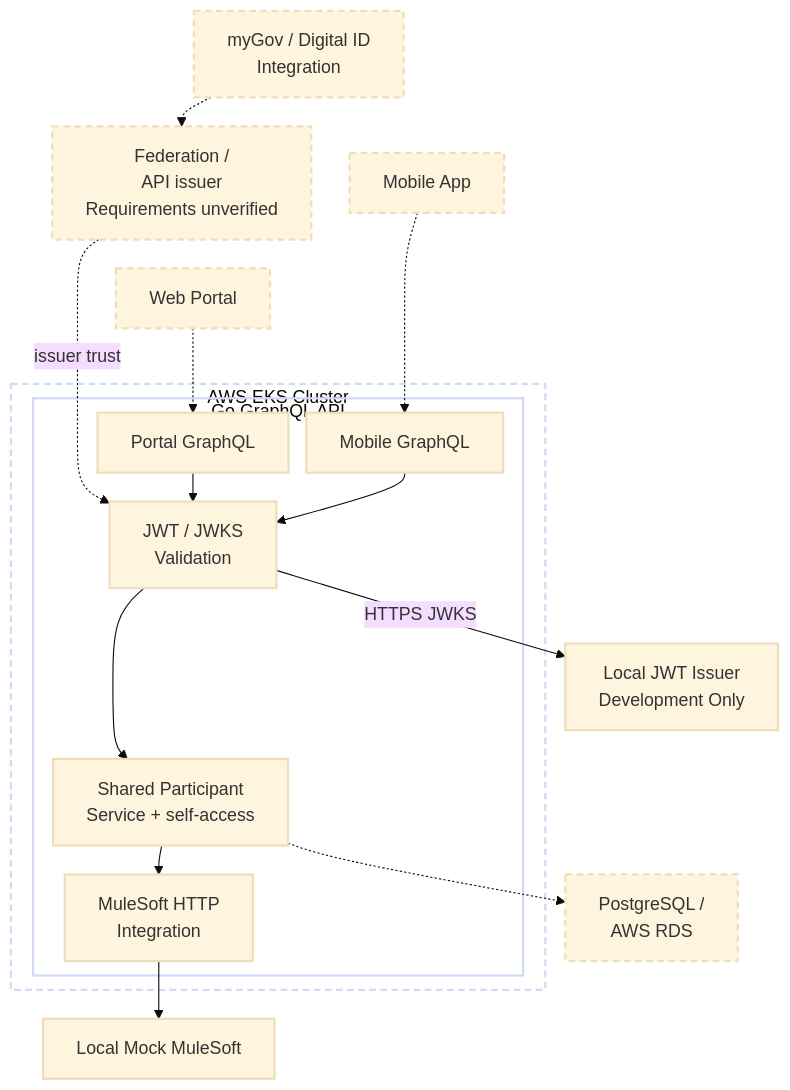
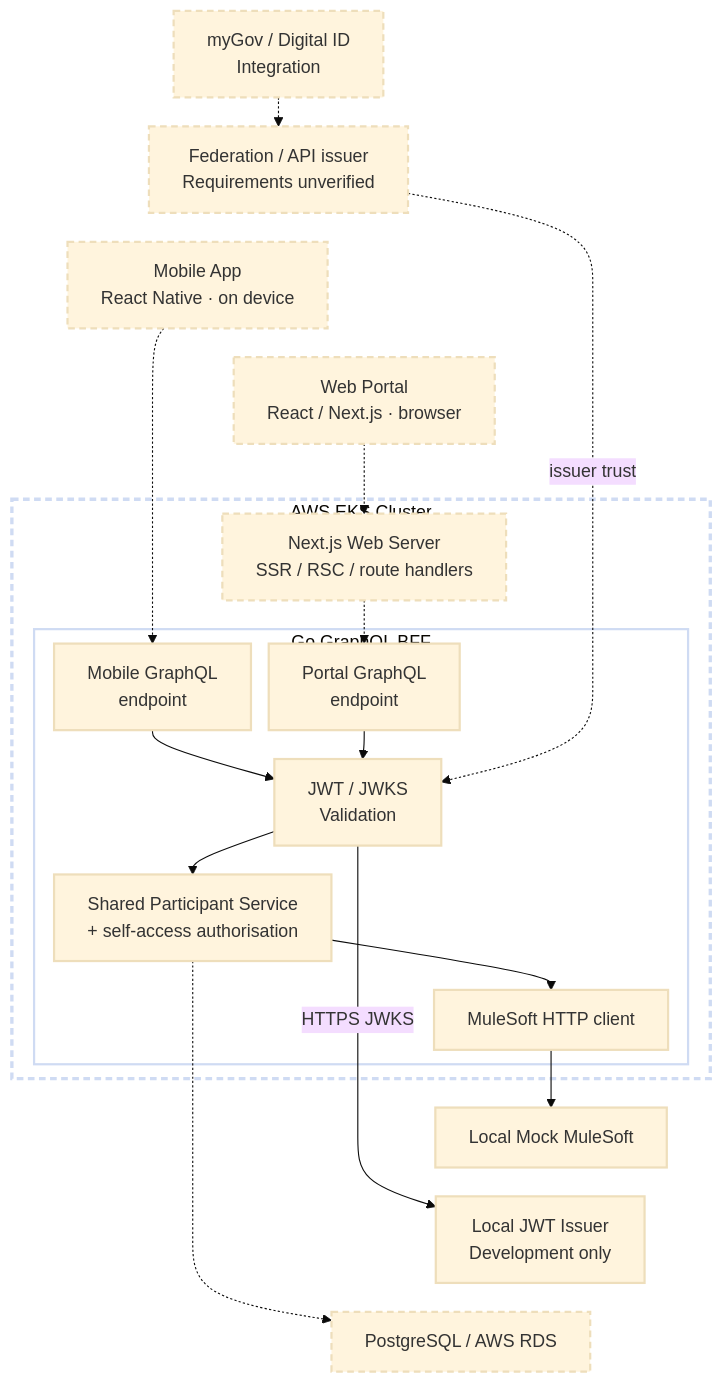
The diagram in README.md (shawfire/participant-services), drawn with Mermaid (base theme) before and after one commit. The commit also changed other lines of this file, not shown here.

Commit message:
docs: clarify GraphQL BFF and frontend deployment architecture

````diff
--- a/README.md
+++ b/README.md
@@ -11,32 +11,33 @@
 ```mermaid
 %%{init: {"flowchart": {"nodeSpacing": 16, "rankSpacing": 26}}}%%
 flowchart TD
-  Mobile["Mobile App"] -.-> MG
-  Mobile ~~~ Web["Web Portal"]
-  Web -.-> PG
-  ID["myGov / Digital ID<br/>Integration"] -.-> Federation["Federation /<br/>API issuer<br/>Requirements unverified"]
-  Federation -. issuer trust .-> Auth
-  ID ~~~ Mobile
-  Federation ~~~ Web
+  Mobile["Mobile App<br/>React Native · on device"] -.-> MG
+  Web["Web Portal<br/>React / Next.js · browser"] -.-> Next
 
   subgraph EKS["AWS EKS Cluster"]
-    subgraph API["Go GraphQL API"]
-      MG["Mobile GraphQL"] --> Auth["JWT / JWKS<br/>Validation"]
-      PG["Portal GraphQL"] --> Auth
-      Auth --> Service["Shared Participant<br/>Service + self-access"]
-      Service --> Mule["MuleSoft HTTP<br/>Integration"]
+    Next["Next.js Web Server<br/>SSR / RSC / route handlers"] -.-> PG
+    subgraph BFF["Go GraphQL BFF"]
+      MG["Mobile GraphQL<br/>endpoint"] --> Auth["JWT / JWKS<br/>Validation"]
+      PG["Portal GraphQL<br/>endpoint"] --> Auth
+      Auth --> Service["Shared Participant Service<br/>+ self-access authorisation"]
+      Service --> Mule["MuleSoft HTTP client"]
     end
   end
 
-  Auth -->|HTTPS JWKS| Issuer["Local JWT Issuer<br/>Development Only"]
-  Issuer ~~~ Service
+  ID["myGov / Digital ID<br/>Integration"] -.-> Federation["Federation / API issuer<br/>Requirements unverified"]
+  Federation -. issuer trust .-> Auth
+  Federation ~~~ Mobile
+  Mobile ~~~ Web
+  Auth -->|HTTPS JWKS| Issuer["Local JWT Issuer<br/>Development only"]
   Mule --> Mock["Local Mock MuleSoft"]
-  Service -.-> DB["PostgreSQL /<br/>AWS RDS"]
+  Service -.-> DB["PostgreSQL / AWS RDS"]
+  Mock ~~~ Issuer
+  Issuer ~~~ DB
 
   classDef implemented stroke-width:2px,stroke-dasharray:0;
   classDef proposed stroke-width:2px,stroke-dasharray:6 4;
   class MG,PG,Auth,Service,Mule,Issuer,Mock implemented;
-  class Mobile,Web,ID,Federation,DB proposed;
-  style API fill:none,stroke-width:2px,stroke-dasharray:0
-  style EKS fill:none,stroke-width:2px,stroke-dasharray:6 4
+  class Mobile,Web,Next,ID,Federation,DB proposed;
+  style BFF fill:none,stroke-width:2px,stroke-dasharray:0
+  style EKS fill:none,stroke-width:3px,stroke-dasharray:6 4
 ```
````
